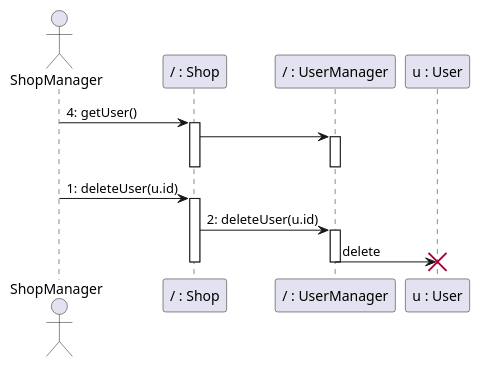
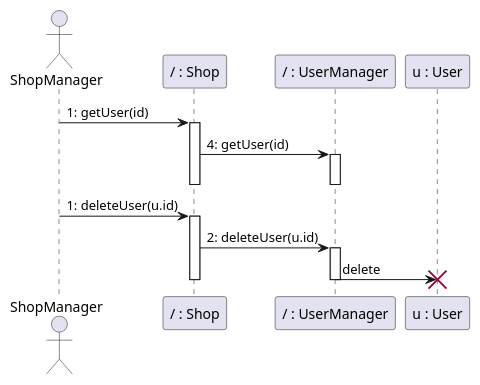
Before and after one commit to nicolabattaglino/ezshop: the ninth of 18 diagrams in Deliverables/DesignDocument.md, drawn with PlantUML. The commit also changed other lines of this file, not shown here.

Commit message:
sequence diagram

````diff
--- a/Deliverables/DesignDocument.md
+++ b/Deliverables/DesignDocument.md
@@ -695,25 +695,25 @@
 ```plantuml
 @startuml
 actor ShopManager
 participant "/ : Shop" as Shop
 participant "/ : UserManager" as UserManager
 participant "u : User" as User
 
-ShopManager -> Shop: 4: getUser()
+ShopManager -> Shop: 1: getUser(id)
 activate Shop
-Shop -> UserManager
+Shop -> UserManager: 4: getUser(id)
 activate UserManager
 deactivate UserManager
 deactivate Shop
 
 ShopManager -> Shop: 1: deleteUser(u.id)
 activate Shop
 Shop -> UserManager: 2: deleteUser(u.id)
 activate UserManager
 UserManager -> User: delete
 destroy User
 deactivate UserManager
 deactivate Shop
 
 @enduml
 ```
````
